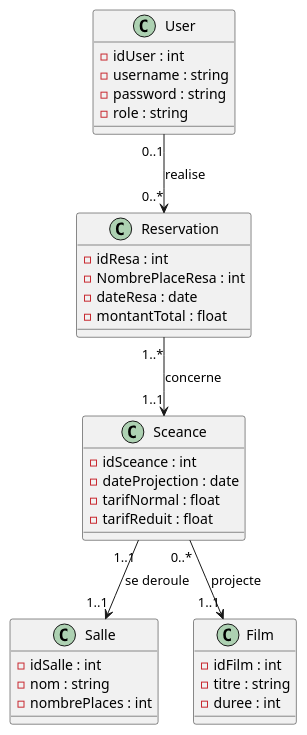
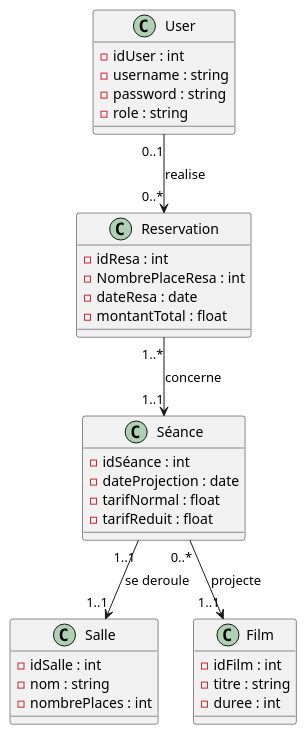
Before and after one commit to lucasbleau/projet-cinema: the diagram in Documentation/diagramme de classe.puml, drawn with PlantUML. The commit also changed 19 other files, not shown here.

```diff
--- a/Documentation/diagramme de classe.puml
+++ b/Documentation/diagramme de classe.puml
@@ -1,42 +1,42 @@
 @startuml
 
 class Salle {
 - idSalle : int
 - nom : string
 - nombrePlaces : int
 }
 
-class Sceance {
-- idSceance : int
+class Séance {
+- idSéance : int
 - dateProjection : date
 - tarifNormal : float
 - tarifReduit : float
 }
 
 class Film {
 - idFilm : int
 - titre : string
 - duree : int
 }
 
 class User {
 - idUser : int
 - username : string
 - password : string
 - role : string
 }
 
 class Reservation {
 - idResa : int
 - NombrePlaceResa : int
 - dateResa : date
 - montantTotal : float
 }
 
 
-Sceance "0..*"--> "1..1" Film : projecte
-Sceance "1..1" --> "1..1" Salle : se deroule
+Séance "0..*"--> "1..1" Film : projecte
+Séance "1..1" --> "1..1" Salle : se deroule
 User "0..1" --> "0..*" Reservation : realise
-Reservation "1..*" --> "1..1" Sceance : concerne
+Reservation "1..*" --> "1..1" Séance : concerne
 
 @enduml
```
